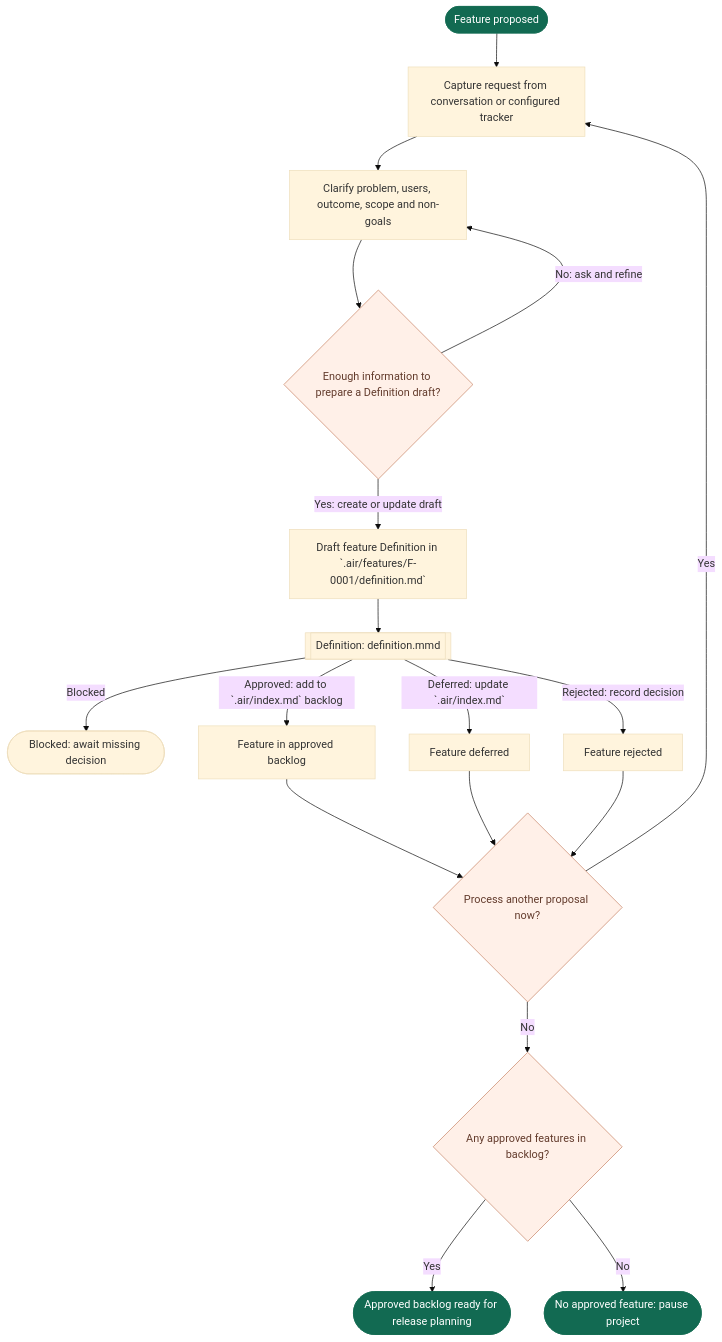
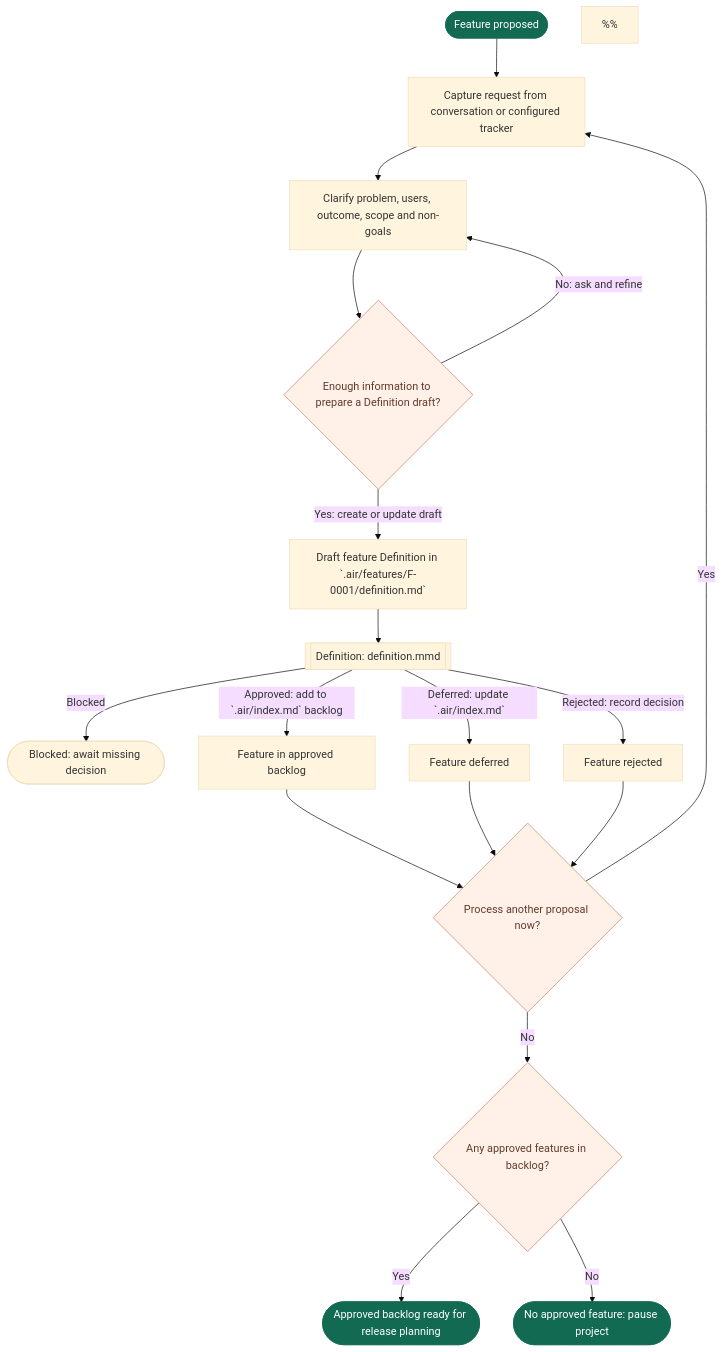
One commit to vanlangenlabs/vanlangenlabs-site changed the diagram in docs/airflow/flows/feature-intake.mmd. Above: the diagram before and after it, drawn with Mermaid (base theme). The commit also changed 14 other files, not shown here.

Commit message:
refactor(airflow): keep phase rules in Mermaid sources

```diff
--- a/docs/airflow/flows/feature-intake.mmd
+++ b/docs/airflow/flows/feature-intake.mmd
@@ -1,33 +1,43 @@
 flowchart TD
     start([Feature proposed]) --> capture[Capture request from conversation or configured tracker]
 %% @airflow-context capture
 %% Accept a feature proposal from the conversation or the configured GitHub/GitLab
 %% tracker. The tracker is optional. Do not start implementation or select a
 %% release during intake.
+%%
+%% Feature transitions owned by this phase:
+%% - `proposed` -> `clarifying`: AI captures and refines the proposal.
+%% - `backlog` -> `deferred`: Human defers; existing Definition approval remains valid.
+%% - `deferred` -> `backlog`: Human reopens and existing Definition approval is still valid.
+%% - `deferred` / `rejected` -> `proposed`: Human reopens with no valid Definition approval; preserve decisions and use `record_status: draft`.
+%%
+%% New features start proposed. Active states: proposed, clarifying, backlog,
+%% selected, implementing, verifying, verified. Deferred/rejected need explicit
+%% reopening. Released is terminal; later changes use a new feature ID.
 %% @end-airflow-context
     capture --> clarify[Clarify problem, users, outcome, scope and non-goals]
 %% @airflow-context clarify
 %% Ask only for information needed to write a useful Definition: affected users,
 %% problem, expected outcome/value, scope and non-goals. Do not infer missing
 %% requirements. Keep this proposal under one stable feature ID in `.air/`.
 %% @end-airflow-context
     clarify --> ready{Enough information to prepare a Definition draft?}
     ready -- No: ask and refine --> clarify
     ready -- Yes: create or update draft --> draft[Draft feature Definition in `.air/features/F-0001/definition.md`]
     draft --> definition[["Definition: definition.mmd"]]
     definition -- Blocked --> blocked([Blocked: await missing decision])
     definition -- Approved: add to `.air/index.md` backlog --> backlog[Feature in approved backlog]
     definition -- Deferred: update `.air/index.md` --> deferred[Feature deferred]
     definition -- Rejected: record decision --> rejected[Feature rejected]
     backlog --> another{Process another proposal now?}
     deferred --> another
     rejected --> another
     another -- Yes --> capture
     another -- No --> anyApproved{Any approved features in backlog?}
     anyApproved -- Yes --> intakeReady([Approved backlog ready for release planning])
     anyApproved -- No --> noApproved([No approved feature: pause project])
 
     classDef boundary fill:#126a52,color:#ffffff,stroke:#126a52
     class start,intakeReady,noApproved boundary
     classDef approval fill:#fff0e8,color:#633b2c,stroke:#c68162
     class ready,another,anyApproved approval
```
